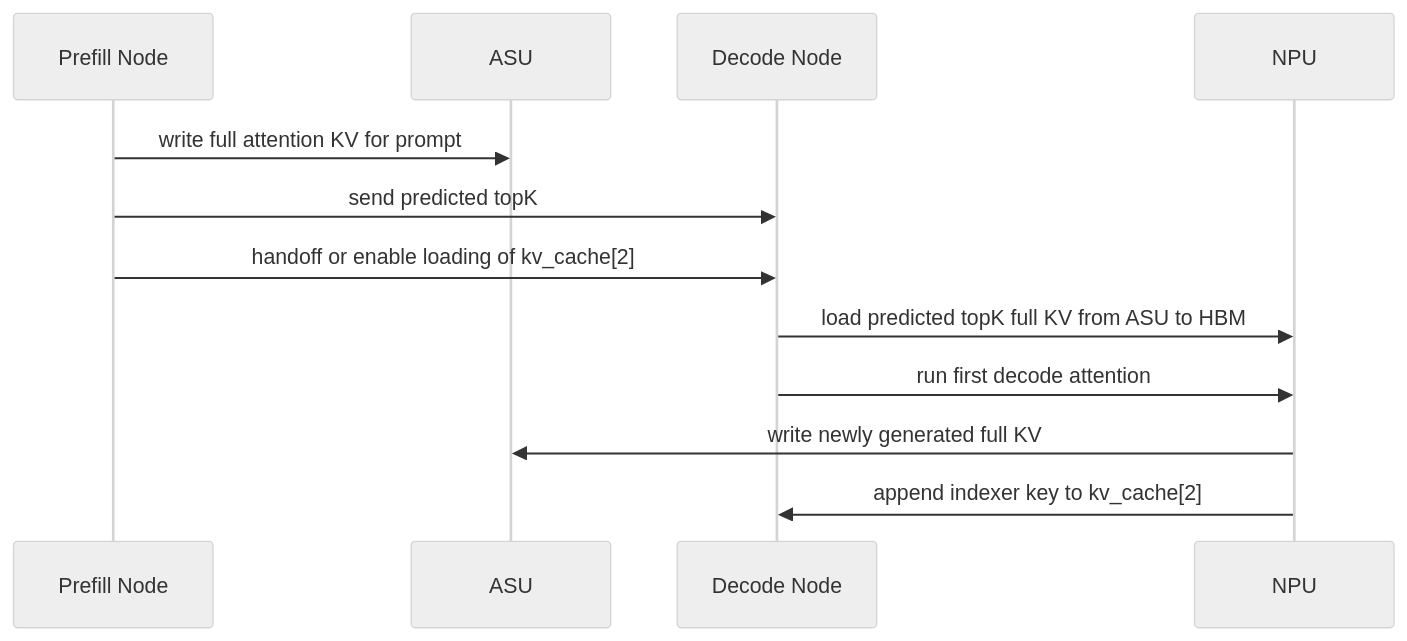
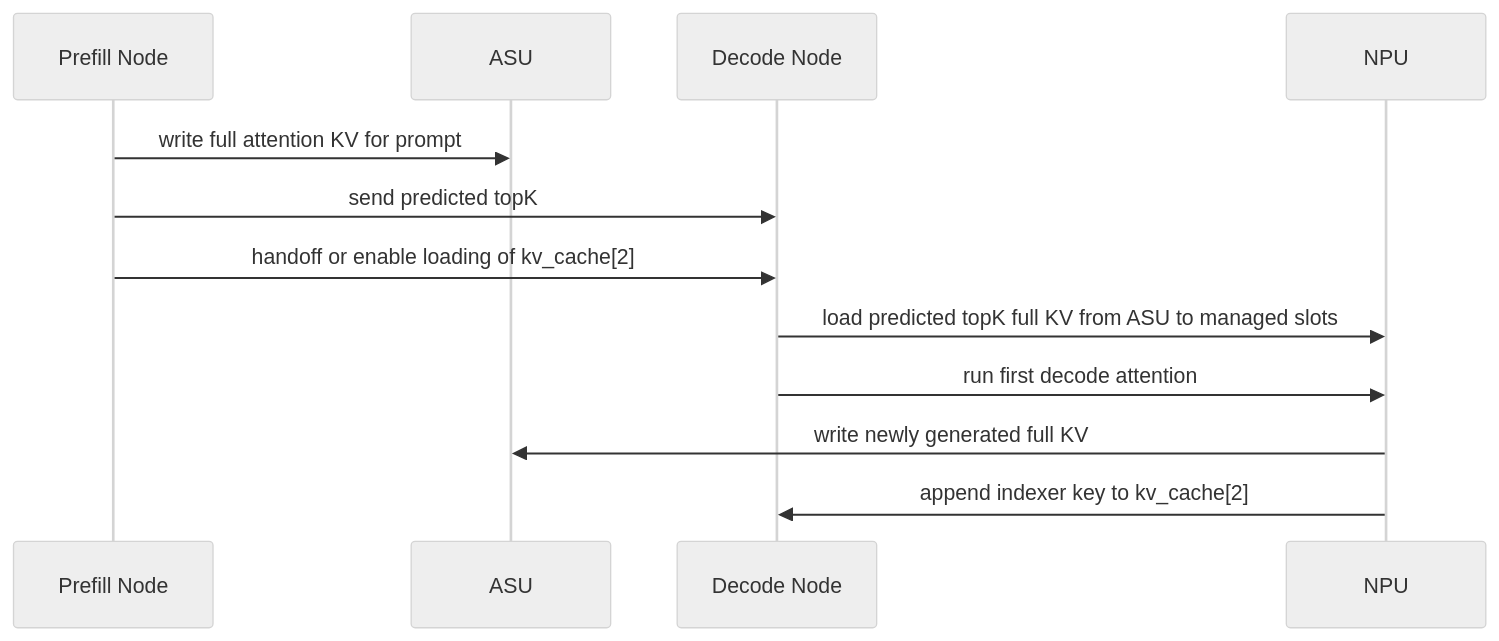
The third of 8 diagrams in docs/draft/2026-06-02-npu-hbm-kvcache-management-draft.md (ykfnxx/ASU-Ascend), drawn with Mermaid (neutral theme) before and after one commit. The commit also changed other lines of this file, not shown here.

````diff
--- a/docs/draft/2026-06-02-npu-hbm-kvcache-management-draft.md
+++ b/docs/draft/2026-06-02-npu-hbm-kvcache-management-draft.md
@@ -397,15 +437,15 @@
 ```mermaid
 sequenceDiagram
     participant P as Prefill Node
     participant A as ASU
     participant D as Decode Node
     participant N as NPU
 
     P->>A: write full attention KV for prompt
     P->>D: send predicted topK
     P->>D: handoff or enable loading of kv_cache[2]
-    D->>N: load predicted topK full KV from ASU to HBM
+    D->>N: load predicted topK full KV from ASU to managed slots
     D->>N: run first decode attention
     N->>A: write newly generated full KV
     N->>D: append indexer key to kv_cache[2]
 ```
````
